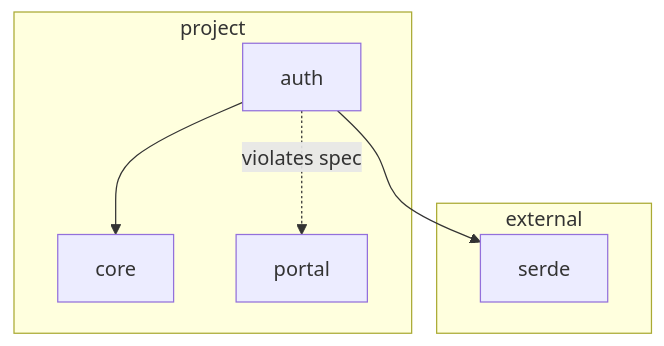
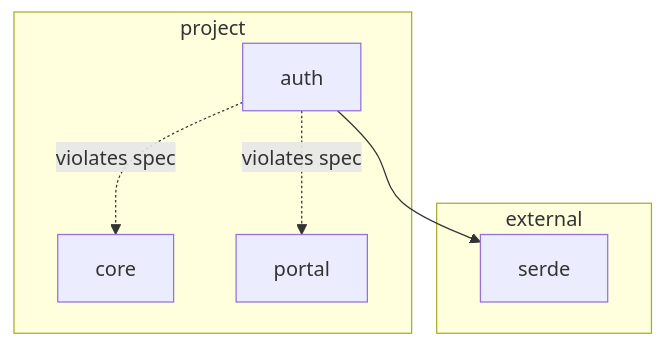
One commit to mateuszwrobel/archspec changed the second of 3 diagrams in docs/archspec/commands/diagram/output.md. Above: the diagram before and after it, drawn with Mermaid. The commit also changed other lines of this file and 95 other files, not shown here.

````diff
--- a/docs/archspec/commands/diagram/output.md
+++ b/docs/archspec/commands/diagram/output.md
@@ -60,11 +60,14 @@
 ```mermaid
 graph TD
   subgraph project
-    auth --> core
+    auth
+    core
+    portal
+    auth -.->|violates spec| core
     auth -.->|violates spec| portal
   end
   subgraph external
     serde
   end
   auth --> serde
 ```
````
